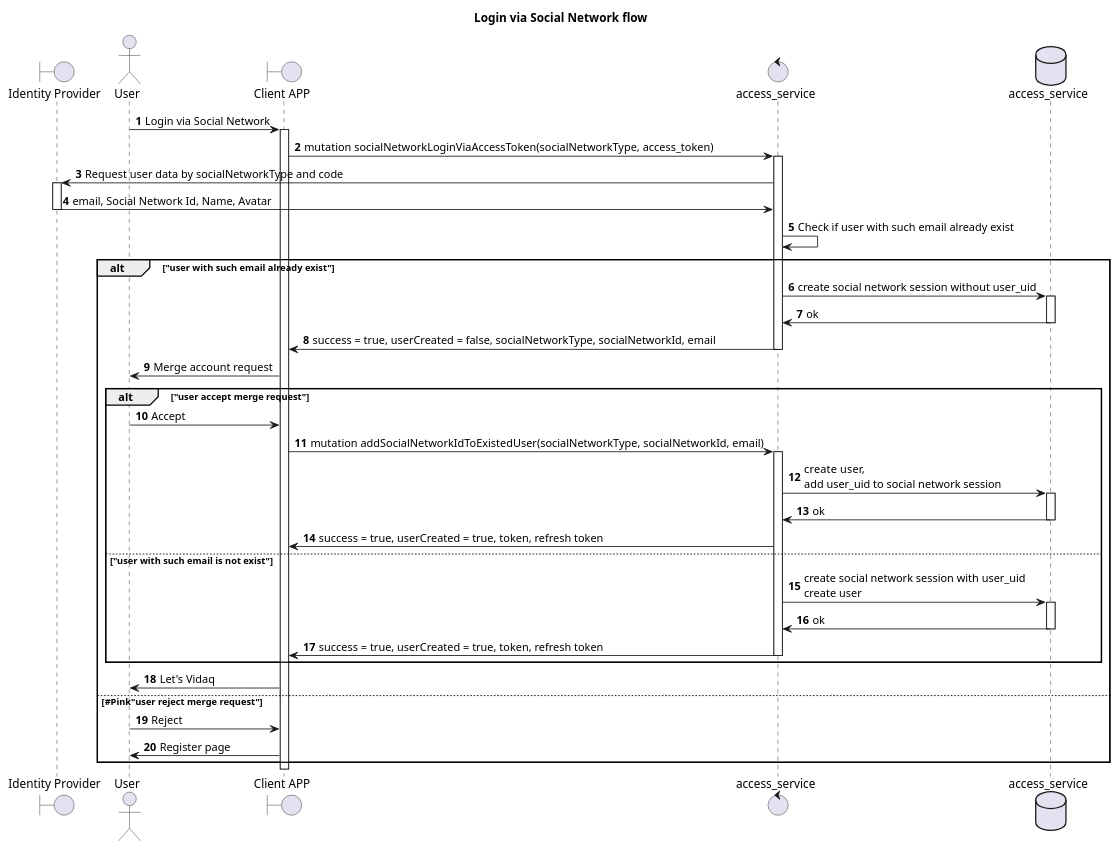
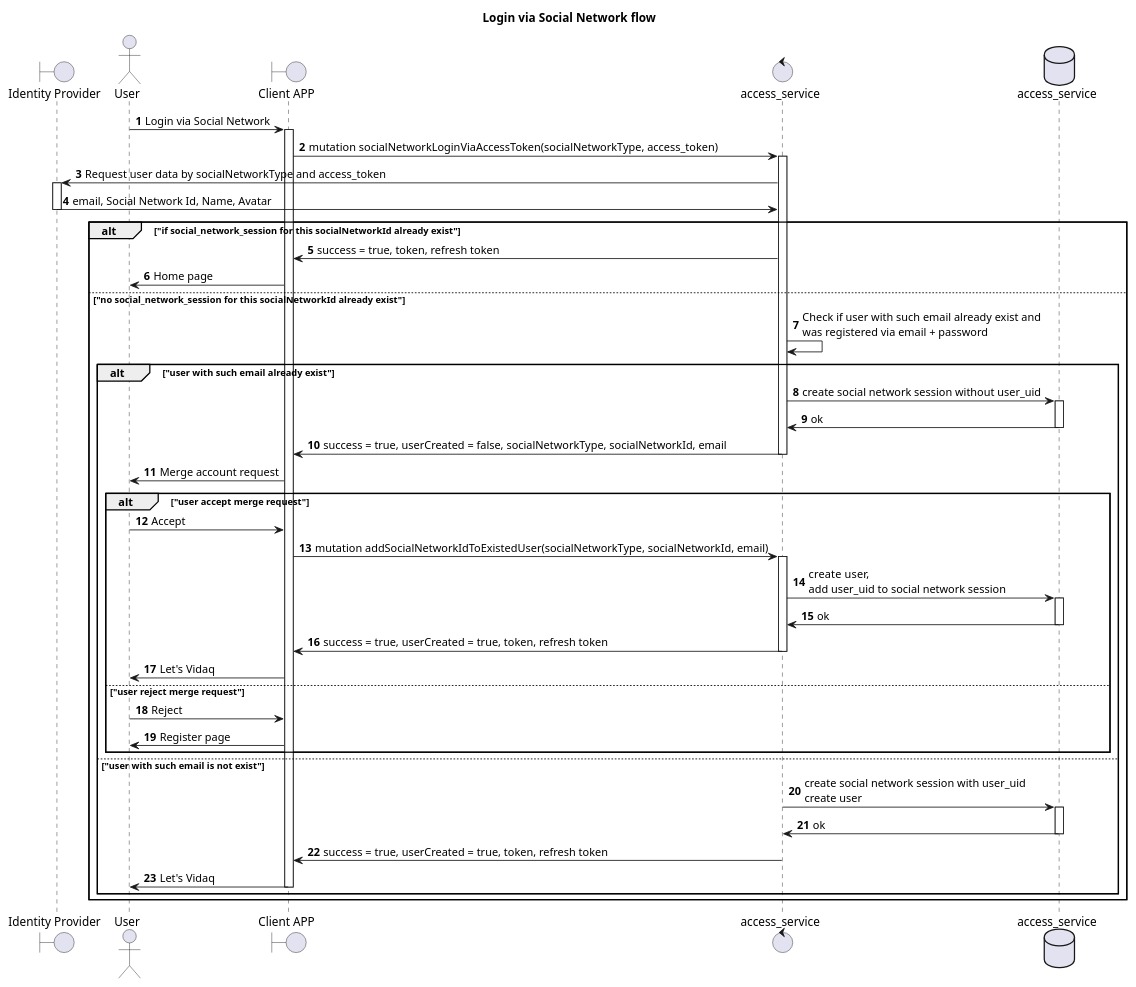
One commit to algruwork/work changed the diagram in schemas/auth_with_social_network_mobile.puml. Above: the diagram before and after it, drawn with PlantUML. The commit also changed 4 other files, not shown here.

Commit message:
add some schemas

```diff
--- a/schemas/auth_with_social_network_mobile.puml
+++ b/schemas/auth_with_social_network_mobile.puml
@@ -1,53 +1,61 @@
 @startuml
 
 title "Login via Social Network flow"
 boundary "Identity Provider" as SN
 actor User as U
 boundary "Client APP" as GUI
 control "access_service" as AC
 database "access_service" as DB
 
 autonumber
 
 U-> GUI: Login via Social Network
 activate GUI
 GUI -> AC: mutation socialNetworkLoginViaAccessToken(socialNetworkType, access_token)
 
 activate AC
-AC -> SN: Request user data by socialNetworkType and code
+AC -> SN: Request user data by socialNetworkType and access_token
 activate SN
 SN -> AC: email, Social Network Id, Name, Avatar
 deactivate SN
-AC -> AC: Check if user with such email already exist
+alt "if social_network_session for this socialNetworkId already exist"
+AC -> GUI: success = true, token, refresh token
+GUI -> U: Home page
+else "no social_network_session for this socialNetworkId already exist"
+AC -> AC: Check if user with such email already exist and\nwas registered via email + password
 alt "user with such email already exist"
 AC -> DB: create social network session without user_uid
 activate DB
 DB -> AC: ok
 deactivate DB
 AC -> GUI: success = true, userCreated = false, socialNetworkType, socialNetworkId, email
 deactivate AC
 GUI -> U: Merge account request
 alt "user accept merge request"
 U -> GUI: Accept
 GUI -> AC: mutation addSocialNetworkIdToExistedUser(socialNetworkType, socialNetworkId, email)
 activate AC
 AC -> DB: create user,\nadd user_uid to social network session
 activate DB
 DB -> AC: ok
 deactivate DB
 AC -> GUI: success = true, userCreated = true, token, refresh token
+deactivate AC
+GUI -> U: Let's Vidaq
+else "user reject merge request"
+U -> GUI: Reject
+GUI -> U: Register page
+end
 else  "user with such email is not exist"
 AC -> DB: create social network session with user_uid \ncreate user
 activate DB
 DB -> AC: ok
 deactivate DB
 AC -> GUI: success = true, userCreated = true, token, refresh token
 deactivate AC
+GUI -> U: Let's Vidaq
+deactivate GUI
 end
-GUI -> U: Let's Vidaq
-else #Pink"user reject merge request"
-U -> GUI: Reject
-GUI -> U: Register page
 end
 
 @enduml
```
